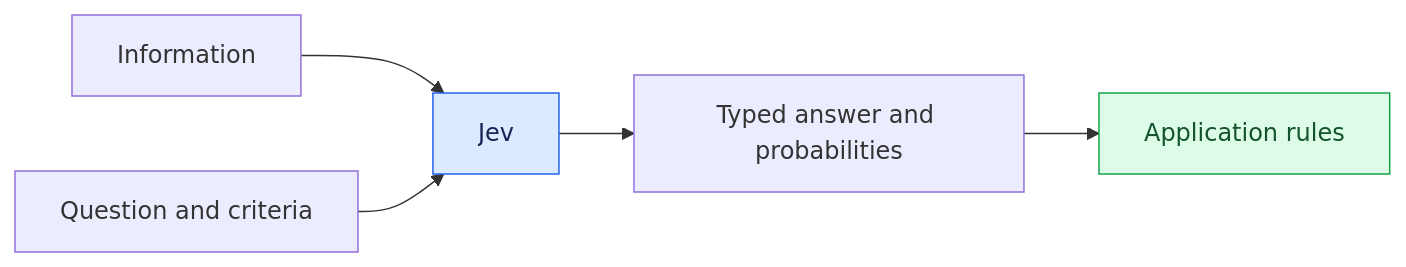
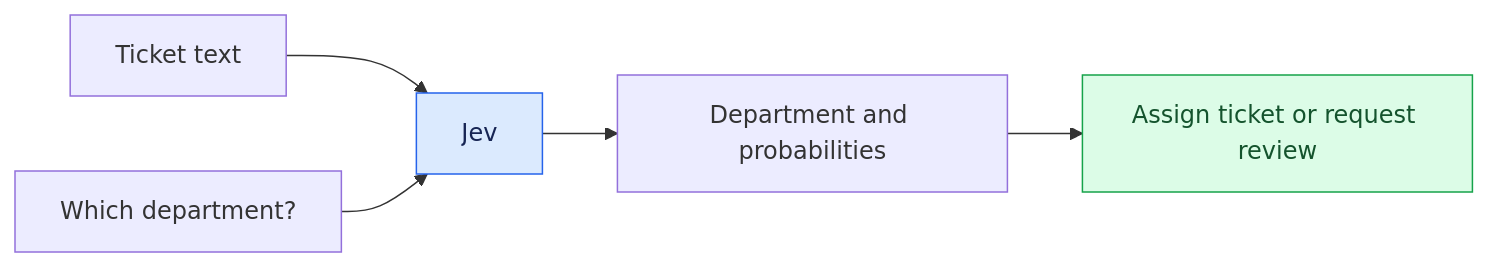
One commit to owainlewis/jev-examples changed the first of 3 diagrams in docs/video.md. Above: the diagram before and after it, drawn with Mermaid. The commit also changed other lines of this file, not shown here.

Commit message:
docs: simplify Jev explanations and headings

````diff
--- a/docs/video.md
+++ b/docs/video.md
@@ -17,9 +17,9 @@
 ```mermaid
 flowchart LR
-    A[Information] --> B[Jev]
-    Q[Question and criteria] --> B
-    B --> C[Typed answer and probabilities]
-    C --> D[Application rules]
+    A[Ticket text] --> B[Jev]
+    Q[Which department?] --> B
+    B --> C[Department and probabilities]
+    C --> D[Assign ticket or request review]
     style B fill:#dbeafe,stroke:#2563eb,color:#172554
     style D fill:#dcfce7,stroke:#16a34a,color:#14532d
 ```
````
